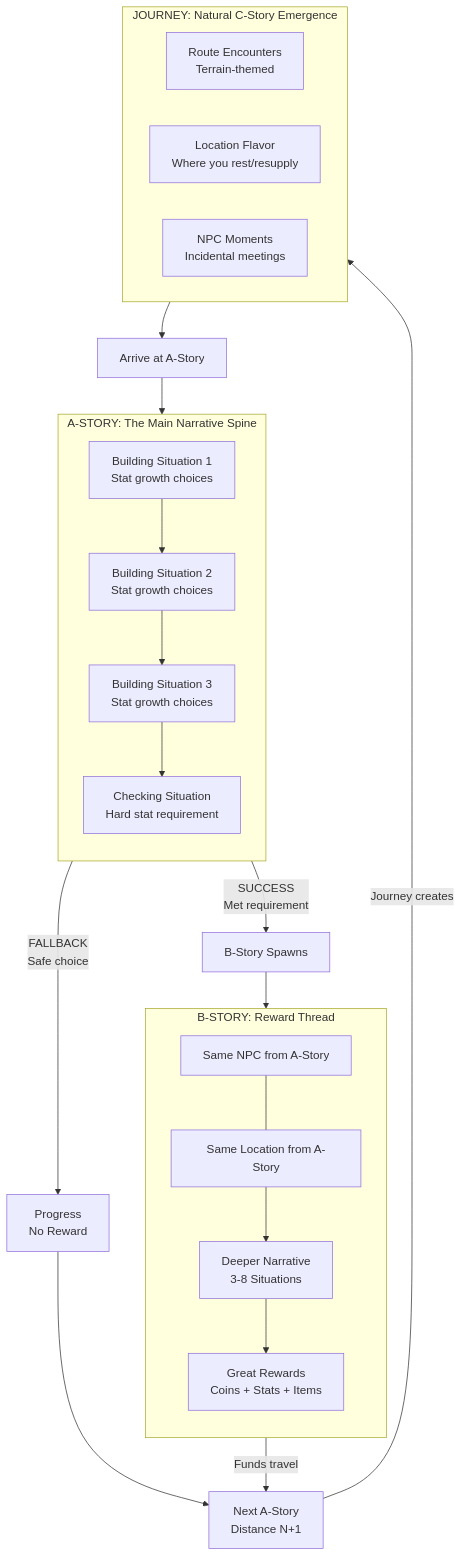
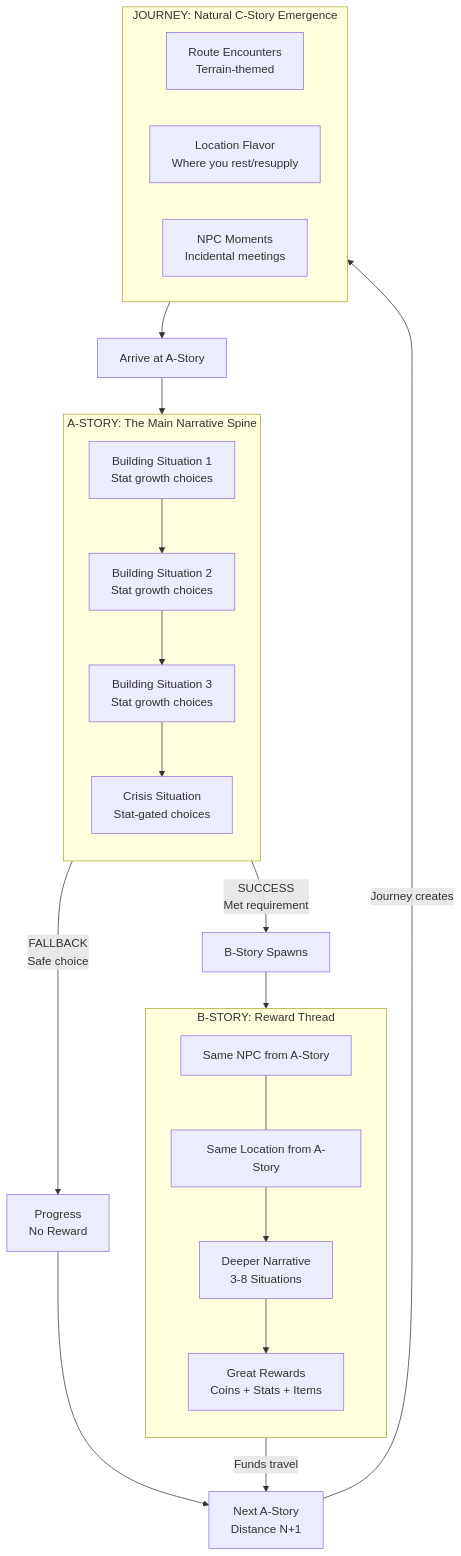
Before and after one commit to meatz89/Wayfarer: the first of 3 diagrams in gdd/ENDLESS_STORY_DESIGN.md, drawn with Mermaid. The commit also changed other lines of this file and 7 other files, not shown here.

````diff
--- a/gdd/ENDLESS_STORY_DESIGN.md
+++ b/gdd/ENDLESS_STORY_DESIGN.md
@@ -92,41 +92,41 @@
 ```mermaid
 flowchart TD
     subgraph ASTORY["A-STORY: The Main Narrative Spine"]
         direction TB
         A1[Building Situation 1<br/>Stat growth choices]
         A2[Building Situation 2<br/>Stat growth choices]
         A3[Building Situation 3<br/>Stat growth choices]
-        A4[Checking Situation<br/>Hard stat requirement]
+        A4[Crisis Situation<br/>Stat-gated choices]
 
         A1 --> A2 --> A3 --> A4
     end
 
     A4 -->|SUCCESS<br/>Met requirement| BSPAWN[B-Story Spawns]
     A4 -->|FALLBACK<br/>Safe choice| PROGRESS[Progress<br/>No Reward]
 
     subgraph BSTORY["B-STORY: Reward Thread"]
         direction TB
         B1[Same NPC from A-Story]
         B2[Same Location from A-Story]
         B3[Deeper Narrative<br/>3-8 Situations]
         B4[Great Rewards<br/>Coins + Stats + Items]
 
         B1 --- B2
         B2 --> B3 --> B4
     end
 
     BSPAWN --> BSTORY
 
     subgraph TRAVEL["JOURNEY: Natural C-Story Emergence"]
         direction LR
         T1[Route Encounters<br/>Terrain-themed]
         T2[Location Flavor<br/>Where you rest/resupply]
         T3[NPC Moments<br/>Incidental meetings]
     end
 
     B4 -->|Funds travel| NEXT[Next A-Story<br/>Distance N+1]
     PROGRESS --> NEXT
     NEXT -->|Journey creates| TRAVEL
     TRAVEL --> ARRIVE[Arrive at A-Story]
     ARRIVE --> ASTORY
 ```
````
